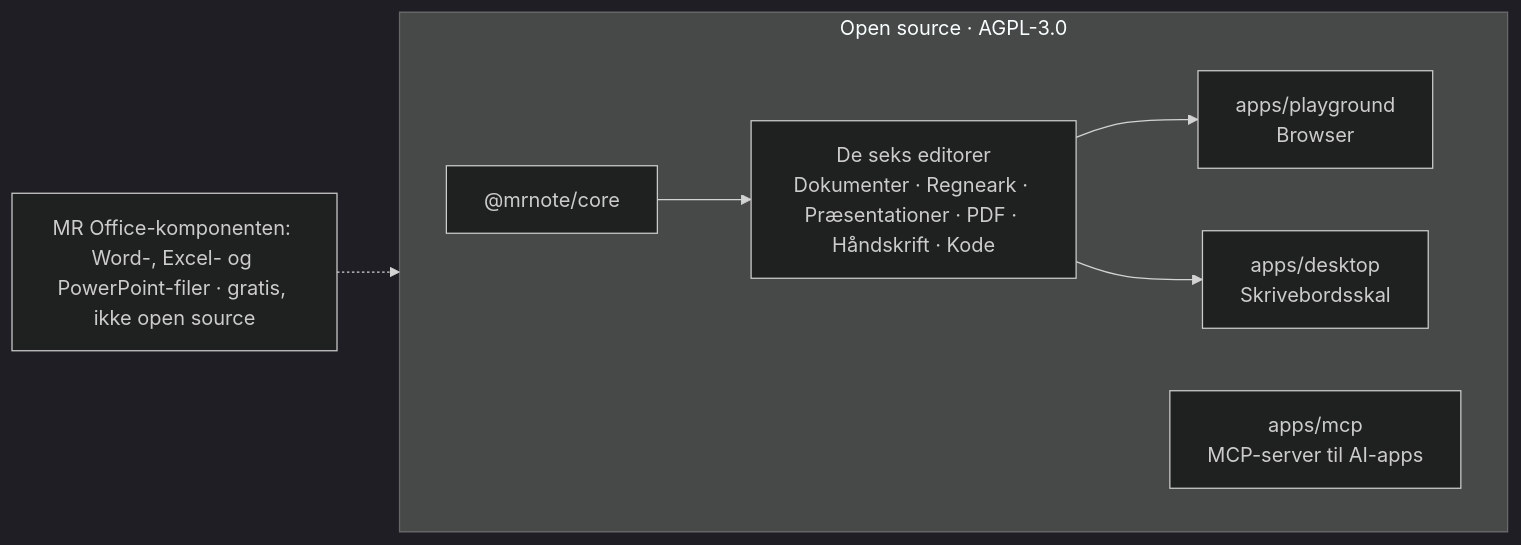
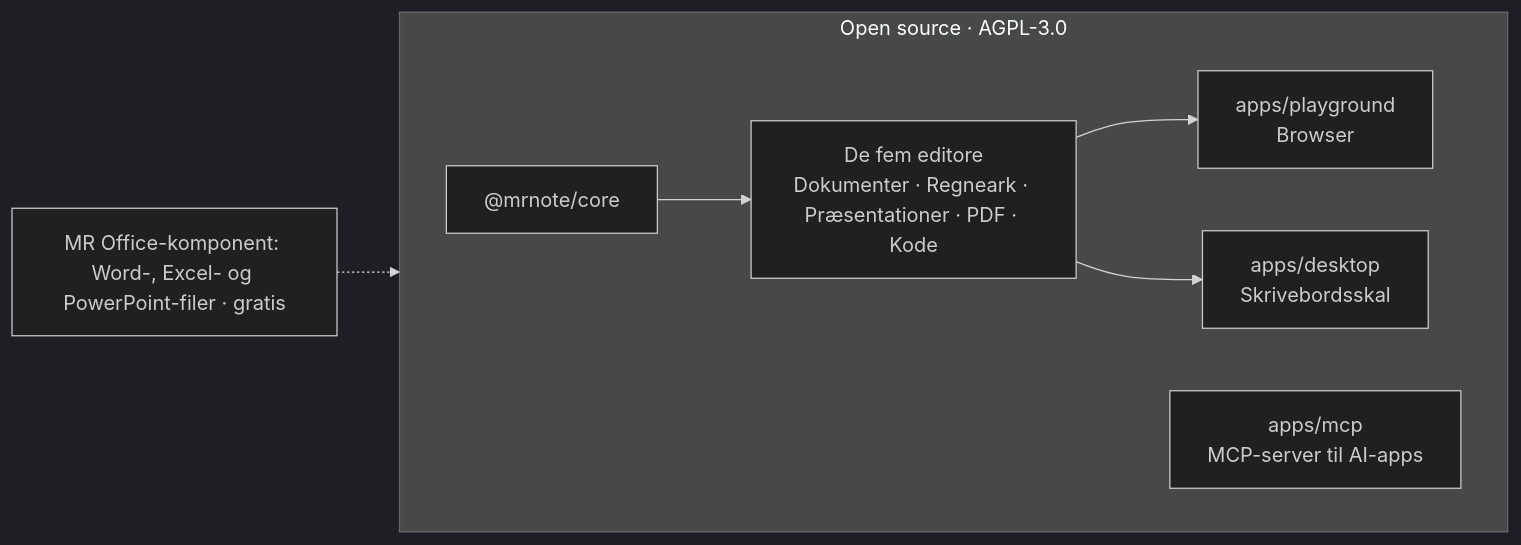
One commit to WhaleChao/MROffice changed the diagram in i18n/README.da.md. Above: the diagram before and after it, drawn with Mermaid (dark theme). The commit also changed other lines of this file and 621 other files, not shown here.

````diff
--- a/i18n/README.da.md
+++ b/i18n/README.da.md
@@ -130,11 +128,11 @@
 ```mermaid
 flowchart LR
   subgraph OSS["Open source · AGPL-3.0"]
     direction LR
-    core["@mrnote/core"] --> E["De seks editorer<br/>Dokumenter · Regneark · Præsentationer · PDF · Håndskrift · Kode"]
+    core["@mrnote/core"] --> E["De fem editore<br/>Dokumenter · Regneark · Præsentationer · PDF · Kode"]
     E --> PG["apps/playground<br/>Browser"]
     E --> DS["apps/desktop<br/>Skrivebordsskal"]
     MCP["apps/mcp<br/>MCP-server til AI-apps"]
   end
-  COMP["MR Office-komponenten: Word-, Excel- og PowerPoint-filer · gratis, ikke open source"] -.-> DS
+  COMP["MR Office-komponent: Word-, Excel- og PowerPoint-filer · gratis"] -.-> DS
 ```
````
